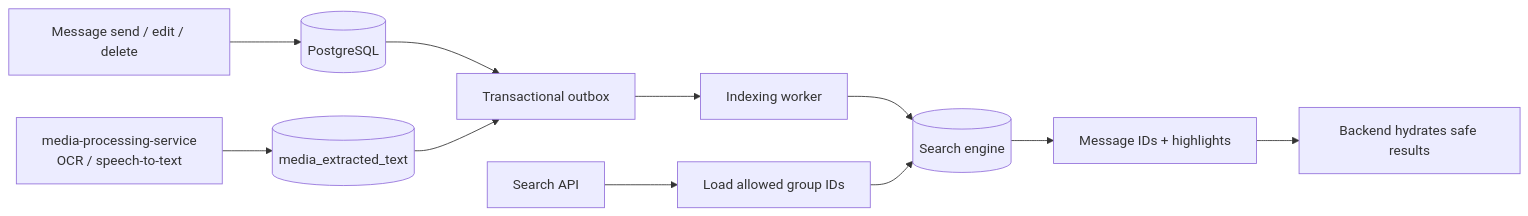
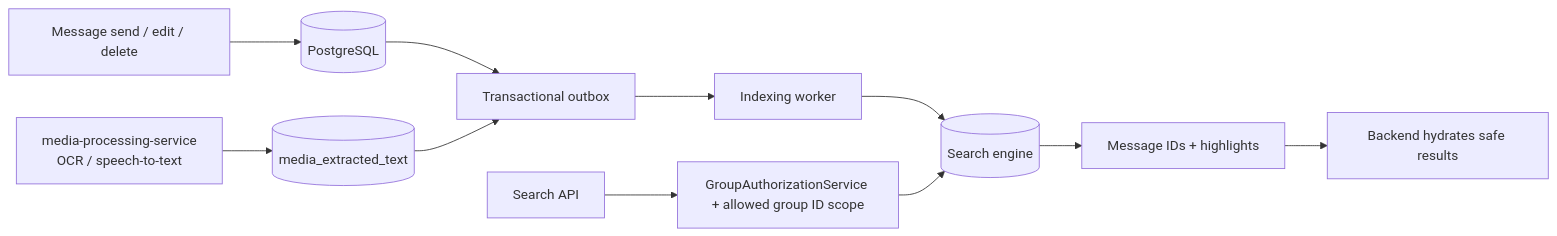
One commit to anhtuta/chat-app changed the second of 2 diagrams in docs/27_SEARCH_FEATURE.md. Above: the diagram before and after it, drawn with Mermaid. The commit also changed other lines of this file, not shown here.

````diff
--- a/docs/27_SEARCH_FEATURE.md
+++ b/docs/27_SEARCH_FEATURE.md
@@ -540,13 +589,13 @@
 ```mermaid
 flowchart LR
     A[Message send / edit / delete] --> B[(PostgreSQL)]
     B --> C[Transactional outbox]
     C --> D[Indexing worker]
     D --> E[(Search engine)]
     F[media-processing-service\nOCR / speech-to-text] --> M[(media_extracted_text)]
     M --> C
-    G[Search API] --> H[Load allowed group IDs]
+    G[Search API] --> H[GroupAuthorizationService + allowed group ID scope]
     H --> E
     E --> I[Message IDs + highlights]
     I --> J[Backend hydrates safe results]
 ```
````
